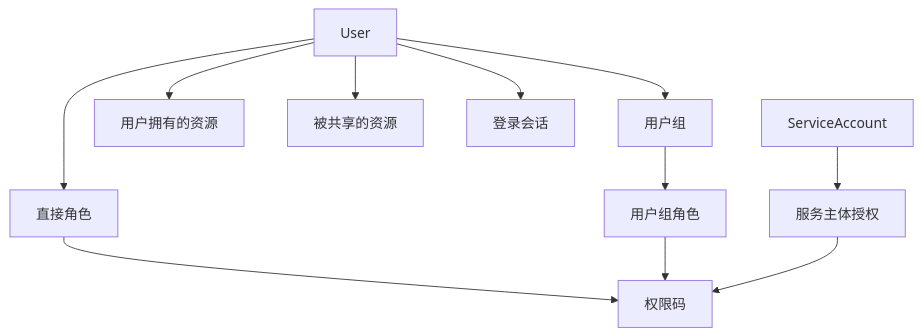
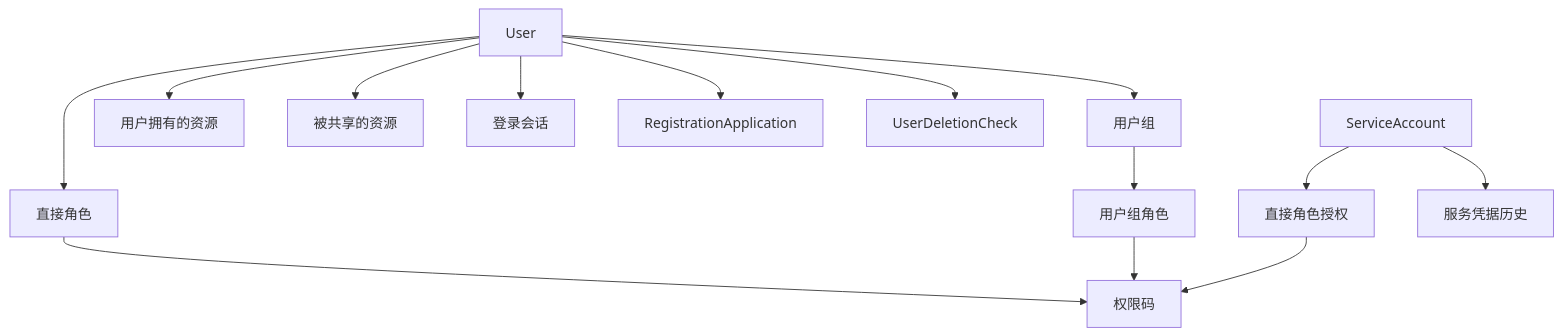
Before and after one commit to wangweihong/omnimam-spec: the tenth of 10 diagrams in 00_product/domains/identity/product-spec.md, drawn with Mermaid. The commit also changed other lines of this file and 12 other files, not shown here.

````diff
--- a/00_product/domains/identity/product-spec.md
+++ b/00_product/domains/identity/product-spec.md
@@ -1569,18 +1770,21 @@
 ```mermaid
 flowchart TB
     USER["User"]
 
     USER --> ROLE["直接角色"]
     USER --> GROUP["用户组"]
     GROUP --> GROUP_ROLE["用户组角色"]
 
     ROLE --> PERMISSION["权限码"]
     GROUP_ROLE --> PERMISSION
 
     USER --> OWNED["用户拥有的资源"]
     USER --> SHARED["被共享的资源"]
 
     USER --> SESSION["登录会话"]
-    SERVICE["ServiceAccount"] --> SERVICE_ROLE["服务主体授权"]
+    USER --> REGISTRATION["RegistrationApplication"]
+    USER --> DELETE_CHECK["UserDeletionCheck"]
+    SERVICE["ServiceAccount"] --> SERVICE_ROLE["直接角色授权"]
+    SERVICE --> CREDENTIAL["服务凭据历史"]
     SERVICE_ROLE --> PERMISSION
 ```
````
